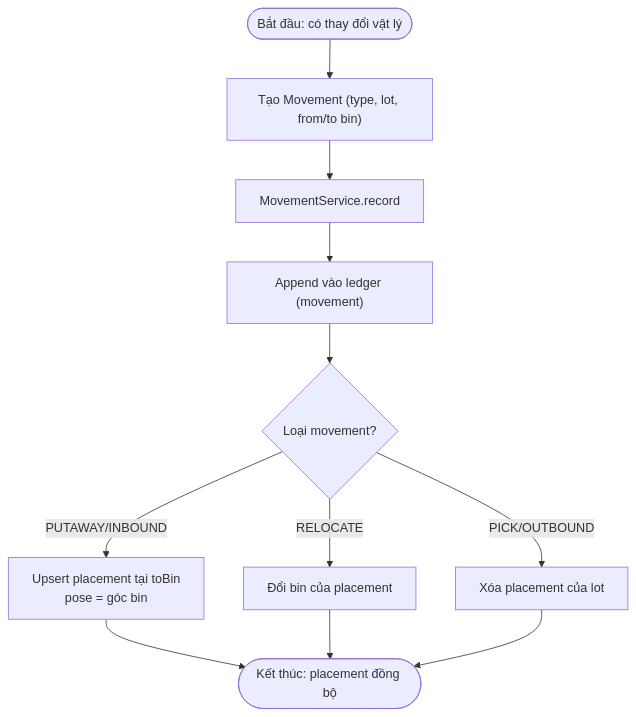
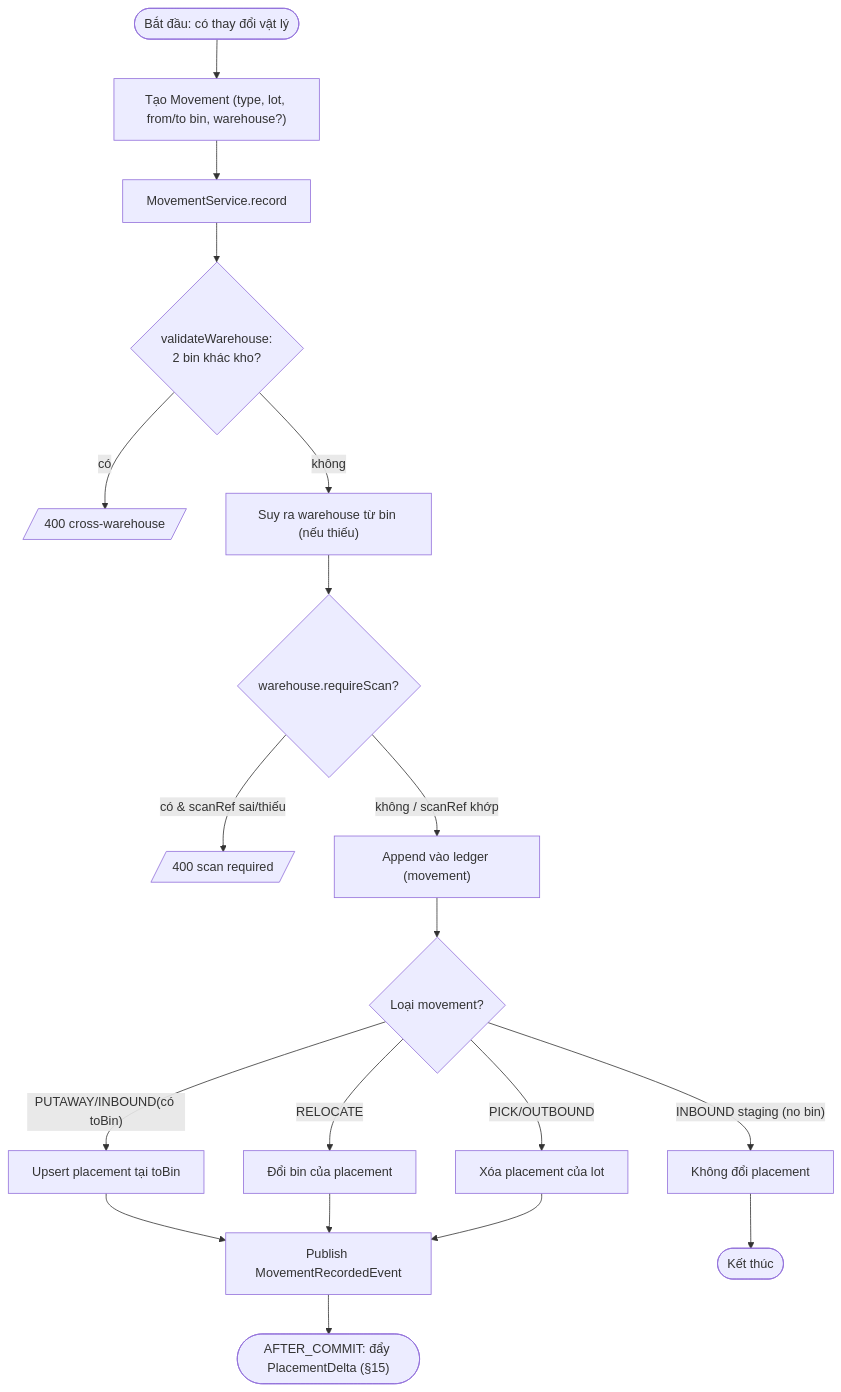
The ninth of 18 diagrams in docs/diagrams.md (nguyenichnghia/stockpile-3d), drawn with Mermaid before and after one commit. The commit also changed other lines of this file and 1 other file, not shown here.

First line of the commit message:
docs: expand design diagrams to cover all business flows (#39)

````diff
--- a/docs/diagrams.md
+++ b/docs/diagrams.md
@@ -220,13 +445,21 @@
 ```mermaid
 flowchart TD
-    A(["Bắt đầu: có thay đổi vật lý"]) --> B["Tạo Movement (type, lot, from/to bin)"]
+    A(["Bắt đầu: có thay đổi vật lý"]) --> B["Tạo Movement (type, lot, from/to bin, warehouse?)"]
     B --> C["MovementService.record"]
-    C --> D["Append vào ledger (movement)"]
+    C --> V1{"validateWarehouse:<br/>2 bin khác kho?"}
+    V1 -- có --> X1[/"400 cross-warehouse"/]
+    V1 -- không --> V2["Suy ra warehouse từ bin (nếu thiếu)"]
+    V2 --> S{"warehouse.requireScan?"}
+    S -- có & scanRef sai/thiếu --> X2[/"400 scan required"/]
+    S -- không / scanRef khớp --> D["Append vào ledger (movement)"]
     D --> E{"Loại movement?"}
-    E -- PUTAWAY/INBOUND --> F["Upsert placement tại toBin<br/>pose = góc bin"]
+    E -- PUTAWAY/INBOUND(có toBin) --> F["Upsert placement tại toBin"]
     E -- RELOCATE --> G["Đổi bin của placement"]
     E -- PICK/OUTBOUND --> H["Xóa placement của lot"]
-    F --> I(["Kết thúc: placement đồng bộ"])
-    G --> I
-    H --> I
+    E -- INBOUND staging (no bin) --> I0["Không đổi placement"]
+    F --> P["Publish MovementRecordedEvent"]
+    G --> P
+    H --> P
+    I0 --> Z(["Kết thúc"])
+    P --> Z2(["AFTER_COMMIT: đẩy PlacementDelta (§15)"])
 ```
````
